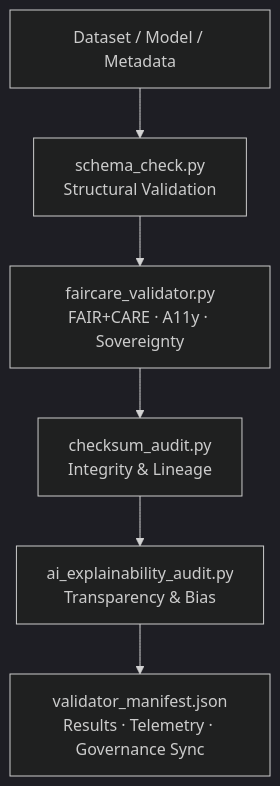
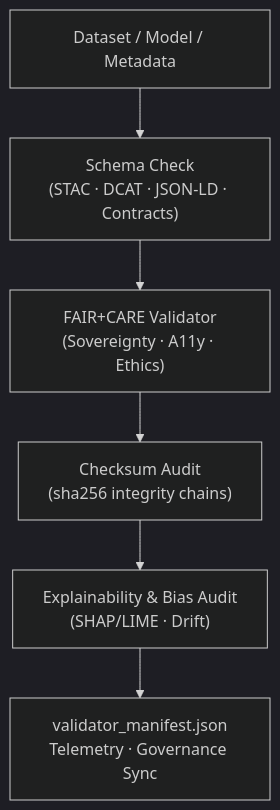
One commit to bartytime4life/Kansas-Frontier-Matrix changed the diagram in tools/validation/README.md. Above: the diagram before and after it, drawn with Mermaid (dark theme). The commit also changed other lines of this file, not shown here.

```diff
--- a/tools/validation/README.md
+++ b/tools/validation/README.md
@@ -144,9 +166,9 @@
 ~~~~mermaid
 flowchart TD
   A["Dataset / Model / Metadata"]
-    --> B["schema_check.py\nStructural Validation"]
-  B --> C["faircare_validator.py\nFAIR+CARE · A11y · Sovereignty"]
-  C --> D["checksum_audit.py\nIntegrity & Lineage"]
-  D --> E["ai_explainability_audit.py\nTransparency & Bias"]
-  E --> F["validator_manifest.json\nResults · Telemetry · Governance Sync"]
+    --> B["Schema Check\n(STAC · DCAT · JSON-LD · Contracts)"]
+  B --> C["FAIR+CARE Validator\n(Sovereignty · A11y · Ethics)"]
+  C --> D["Checksum Audit\n(sha256 integrity chains)"]
+  D --> E["Explainability & Bias Audit\n(SHAP/LIME · Drift)"]
+  E --> F["validator_manifest.json\nTelemetry · Governance Sync"]
 ~~~~
```
